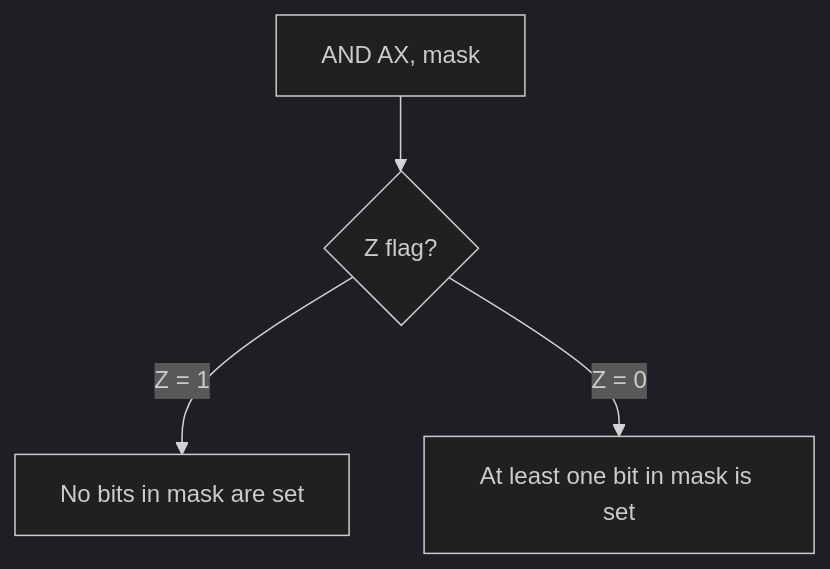
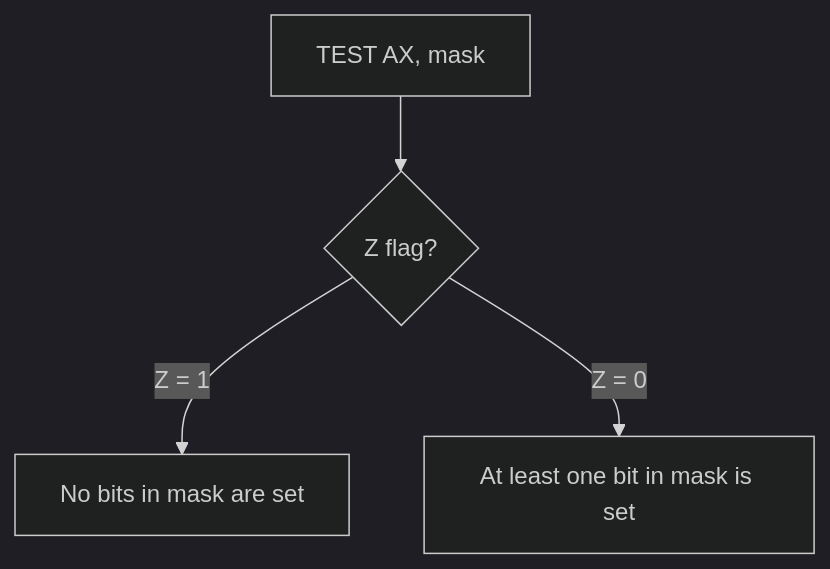
Diagram 14 of 20 in docs/en/isa/flags-behavior.md (MinecAnton209/NovumOS-16bit), drawn with Mermaid (dark theme) before and after one commit. The commit also changed other lines of this file and 20 other files, not shown here.

````diff
--- a/docs/en/isa/flags-behavior.md
+++ b/docs/en/isa/flags-behavior.md
@@ -503,6 +519,6 @@
 ```mermaid
 flowchart TD
-    A["AND AX, mask"] --> B{"Z flag?"}
+    A["TEST AX, mask"] --> B{"Z flag?"}
     B -- "Z = 1" --> C["No bits in mask are set"]
     B -- "Z = 0" --> D["At least one bit in mask is set"]
 ```
````
